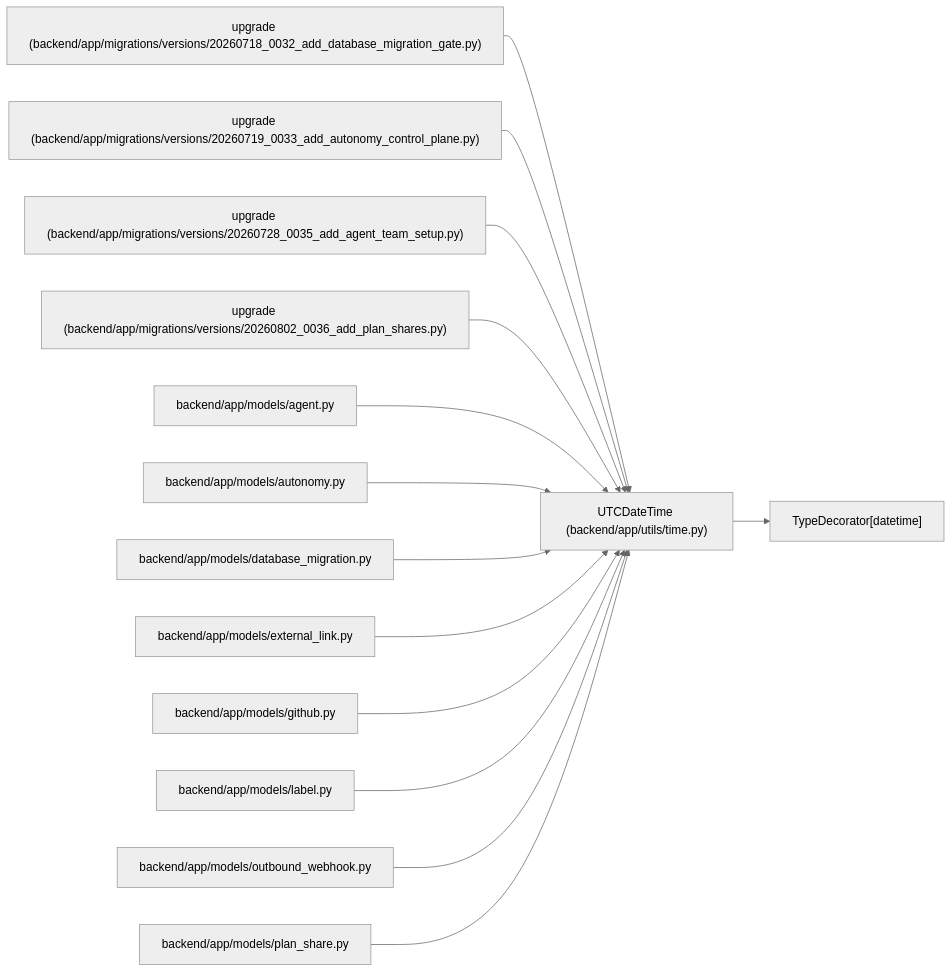
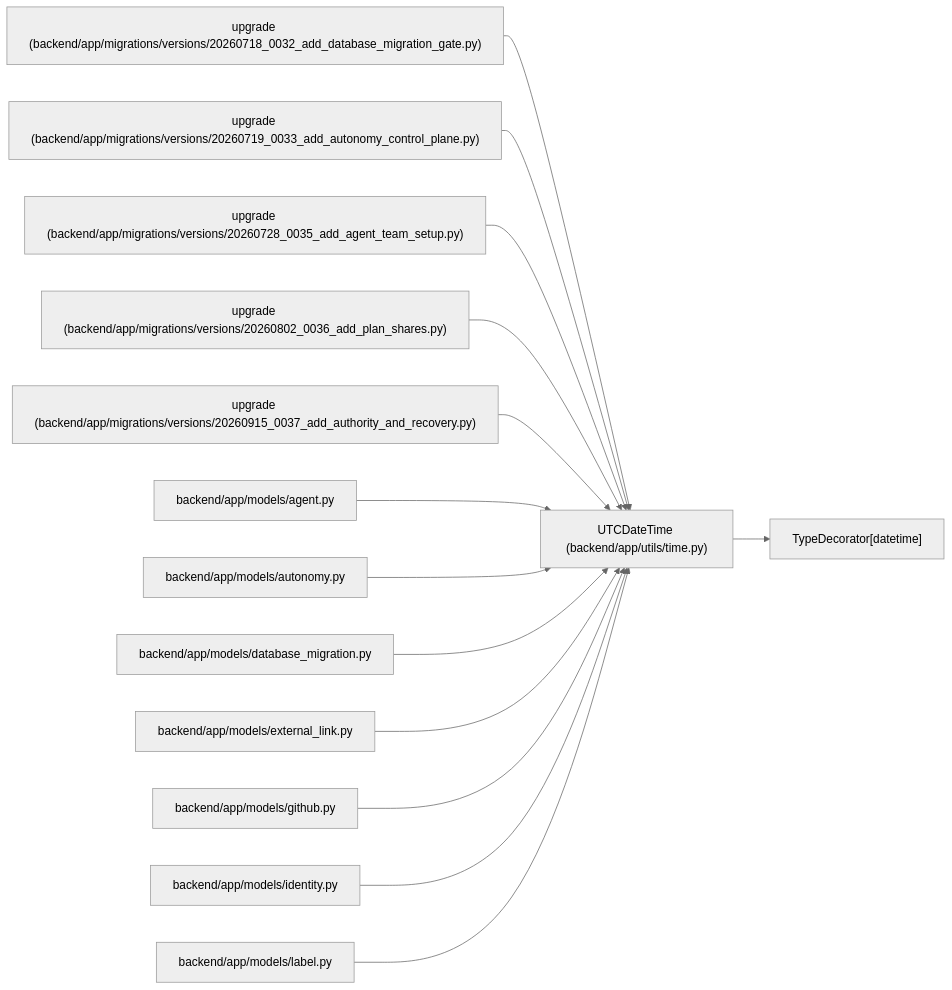
Before and after one commit to Denissvgn/WorkChord: the diagram in docs/llm_wiki/entities/UTCDateTime.md, drawn with Mermaid (neutral theme). The commit also changed other lines of this file and 958 other files, not shown here.

First line of the commit message:
docs(wiki): refresh identity and recovery architecture

````diff
--- a/docs/llm_wiki/entities/UTCDateTime.md
+++ b/docs/llm_wiki/entities/UTCDateTime.md
@@ -31,43 +31,43 @@
 ```mermaid
 flowchart LR
     n0["UTCDateTime (backend/app/utils/time.py)"]
     n1["TypeDecorator[datetime]"]
     n2["upgrade (backend/app/migrations/versions/20260718_0032_add_database_migration_gate.py)"]
     n3["upgrade (backend/app/migrations/versions/20260719_0033_add_autonomy_control_plane.py)"]
     n4["upgrade (backend/app/migrations/versions/20260728_0035_add_agent_team_setup.py)"]
     n5["upgrade (backend/app/migrations/versions/20260802_0036_add_plan_shares.py)"]
-    n6["backend/app/models/agent.py"]
-    n7["backend/app/models/autonomy.py"]
-    n8["backend/app/models/database_migration.py"]
-    n9["backend/app/models/external_link.py"]
-    n10["backend/app/models/github.py"]
-    n11["backend/app/models/label.py"]
-    n12["backend/app/models/outbound_webhook.py"]
-    n13["backend/app/models/plan_share.py"]
+    n6["upgrade (backend/app/migrations/versions/20260915_0037_add_authority_and_recovery.py)"]
+    n7["backend/app/models/agent.py"]
+    n8["backend/app/models/autonomy.py"]
+    n9["backend/app/models/database_migration.py"]
+    n10["backend/app/models/external_link.py"]
+    n11["backend/app/models/github.py"]
+    n12["backend/app/models/identity.py"]
+    n13["backend/app/models/label.py"]
     n0 --> n1
     n2 --> n0
     n3 --> n0
     n4 --> n0
     n5 --> n0
     n6 --> n0
     n7 --> n0
     n8 --> n0
     n9 --> n0
     n10 --> n0
     n11 --> n0
     n12 --> n0
     n13 --> n0
     click n0 "../modules/time.md"
     click n2 "../modules/20260718_0032_add_database_migration_gate.md"
     click n3 "../modules/20260719_0033_add_autonomy_control_plane.md"
     click n4 "../modules/20260728_0035_add_agent_team_setup.md"
     click n5 "../modules/20260802_0036_add_plan_shares.md"
-    click n6 "../modules/models_agent.md"
-    click n7 "../modules/models_autonomy.md"
-    click n8 "../modules/models_database_migration.md"
-    click n9 "../modules/models_external_link.md"
-    click n10 "../modules/models_github.md"
-    click n11 "../modules/models_label.md"
-    click n12 "../modules/models_outbound_webhook.md"
-    click n13 "../modules/models_plan_share.md"
+    click n6 "../modules/20260915_0037_add_authority_and_recovery.md"
+    click n7 "../modules/models_agent.md"
+    click n8 "../modules/models_autonomy.md"
+    click n9 "../modules/models_database_migration.md"
+    click n10 "../modules/models_external_link.md"
+    click n11 "../modules/models_github.md"
+    click n12 "../modules/models_identity.md"
+    click n13 "../modules/models_label.md"
 ```
````
